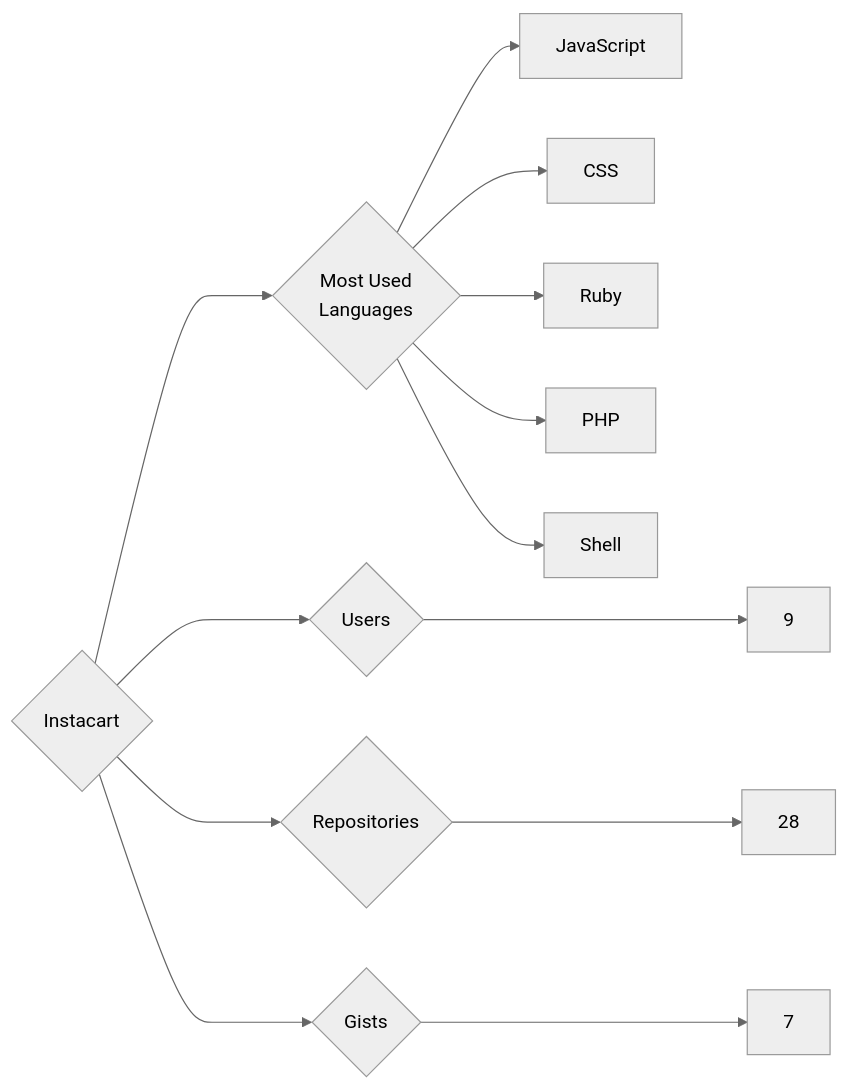
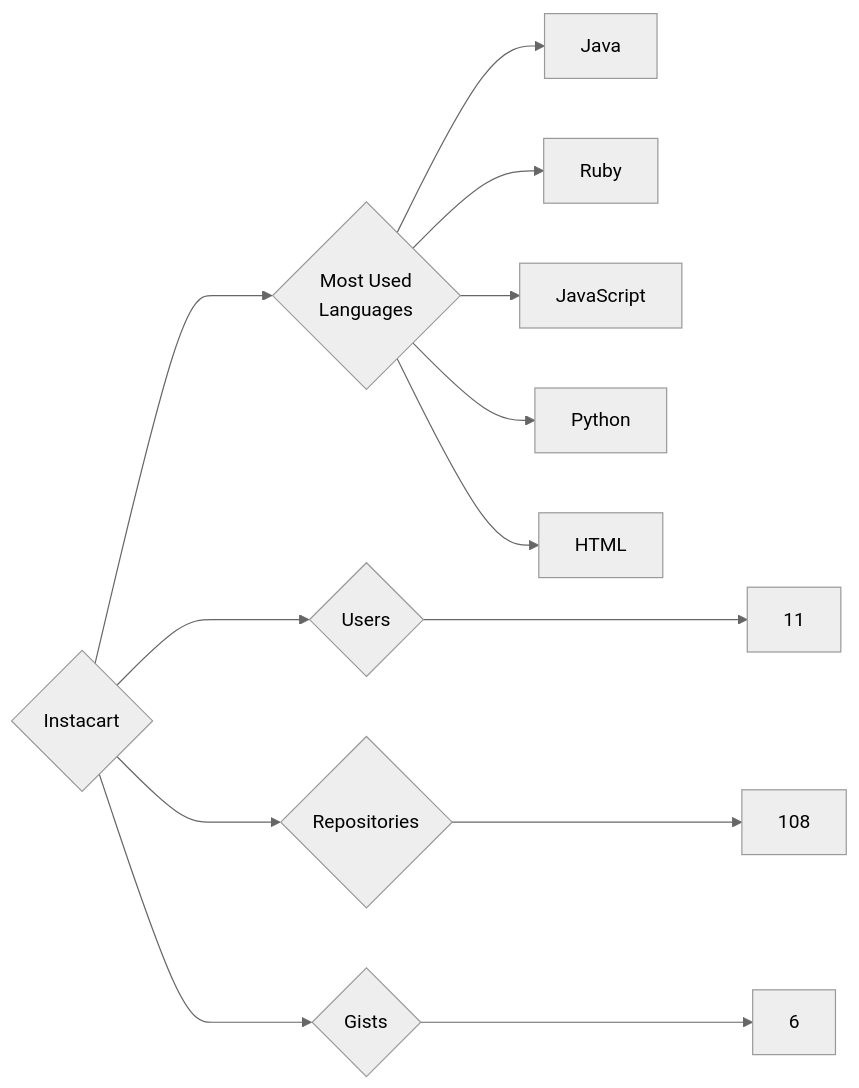
Before and after one commit to trickest/insiders: the diagram in targets/Instacart/README.md, drawn with Mermaid (neutral theme). The commit also changed 1212 other files, not shown here.

````diff
--- a/targets/Instacart/README.md
+++ b/targets/Instacart/README.md
@@ -3,13 +3,13 @@
 ```mermaid
 graph LR
 COMPANY_NAME{Instacart}
-COMPANY_NAME ---> U{Users} ---> UN[9]
-COMPANY_NAME ---> R{Repositories} ---> RN[28]
-COMPANY_NAME ---> G{Gists} ---> GN[7]
+COMPANY_NAME ---> U{Users} ---> UN[11]
+COMPANY_NAME ---> R{Repositories} ---> RN[108]
+COMPANY_NAME ---> G{Gists} ---> GN[6]
 COMPANY_NAME ---> ML{Most Used<br>Languages}
+ML --> Java[Java]
+ML --> Ruby[Ruby]
 ML --> JavaScript[JavaScript]
-ML --> CSS[CSS]
-ML --> Ruby[Ruby]
-ML --> PHP[PHP]
-ML --> Shell[Shell]
+ML --> Python[Python]
+ML --> HTML[HTML]
 ```
````
